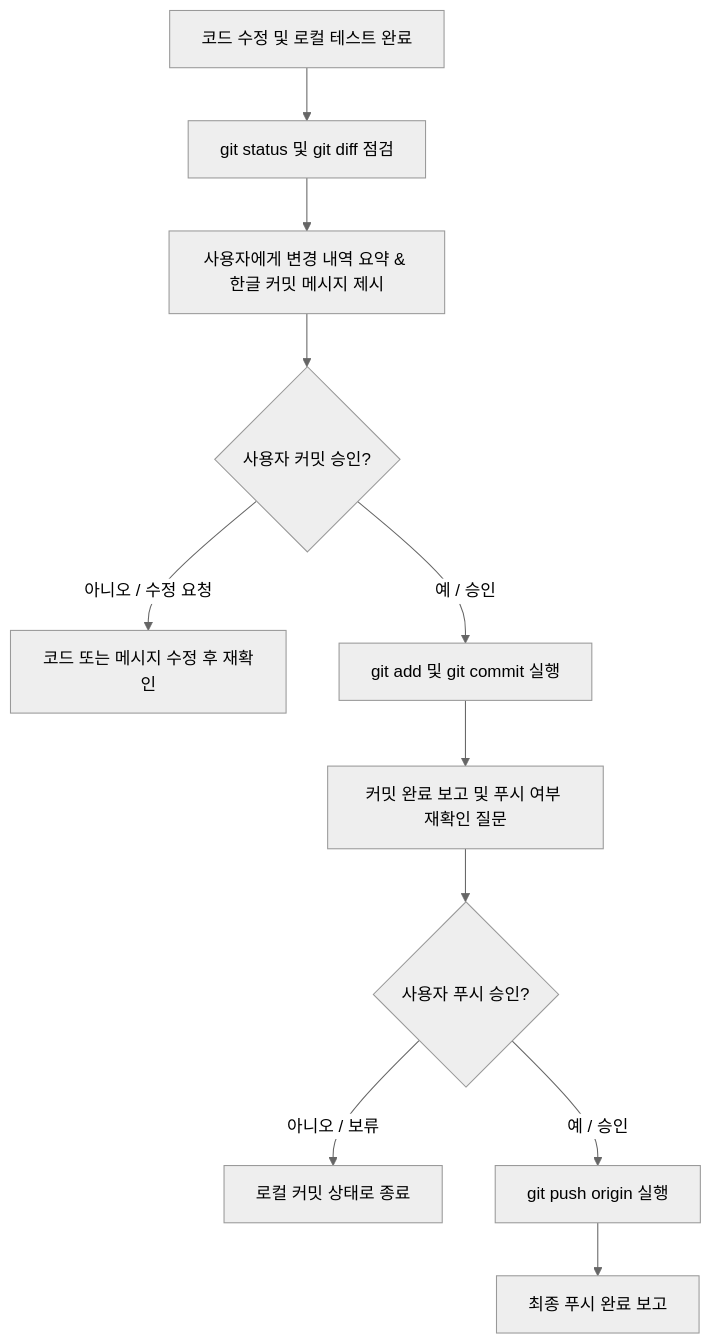
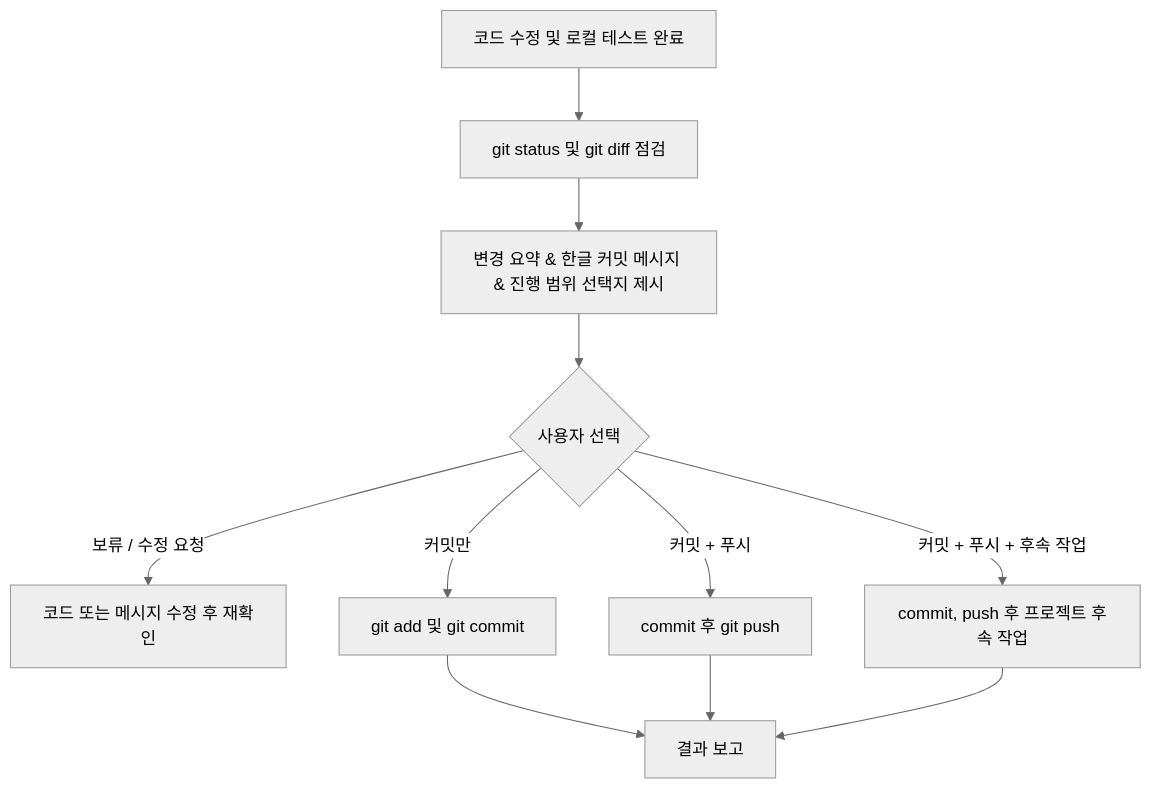
One commit to samjil/agy-agent changed the diagram in samjil-git-commit/SKILL.md. Above: the diagram before and after it, drawn with Mermaid (neutral theme). The commit also changed other lines of this file and 18 other files, not shown here.

````diff
--- a/samjil-git-commit/SKILL.md
+++ b/samjil-git-commit/SKILL.md
@@ -39,13 +58,13 @@
 ```mermaid
 flowchart TD
     A[코드 수정 및 로컬 테스트 완료] --> B[git status 및 git diff 점검]
-    B --> C[사용자에게 변경 내역 요약 & 한글 커밋 메시지 제시]
-    C --> D{사용자 커밋 승인?}
-    D -- 아니오 / 수정 요청 --> E[코드 또는 메시지 수정 후 재확인]
-    D -- 예 / 승인 --> F[git add 및 git commit 실행]
-    F --> G[커밋 완료 보고 및 푸시 여부 재확인 질문]
-    G --> H{사용자 푸시 승인?}
-    H -- 아니오 / 보류 --> I[로컬 커밋 상태로 종료]
-    H -- 예 / 승인 --> J[git push origin <branch> 실행]
-    J --> K[최종 푸시 완료 보고]
+    B --> C[변경 요약 & 한글 커밋 메시지 & 진행 범위 선택지 제시]
+    C --> D{사용자 선택}
+    D -- 보류 / 수정 요청 --> E[코드 또는 메시지 수정 후 재확인]
+    D -- 커밋만 --> F[git add 및 git commit]
+    D -- 커밋 + 푸시 --> G[commit 후 git push]
+    D -- 커밋 + 푸시 + 후속 작업 --> H[commit, push 후 프로젝트 후속 작업]
+    F --> Z[결과 보고]
+    G --> Z
+    H --> Z
 ```
````
